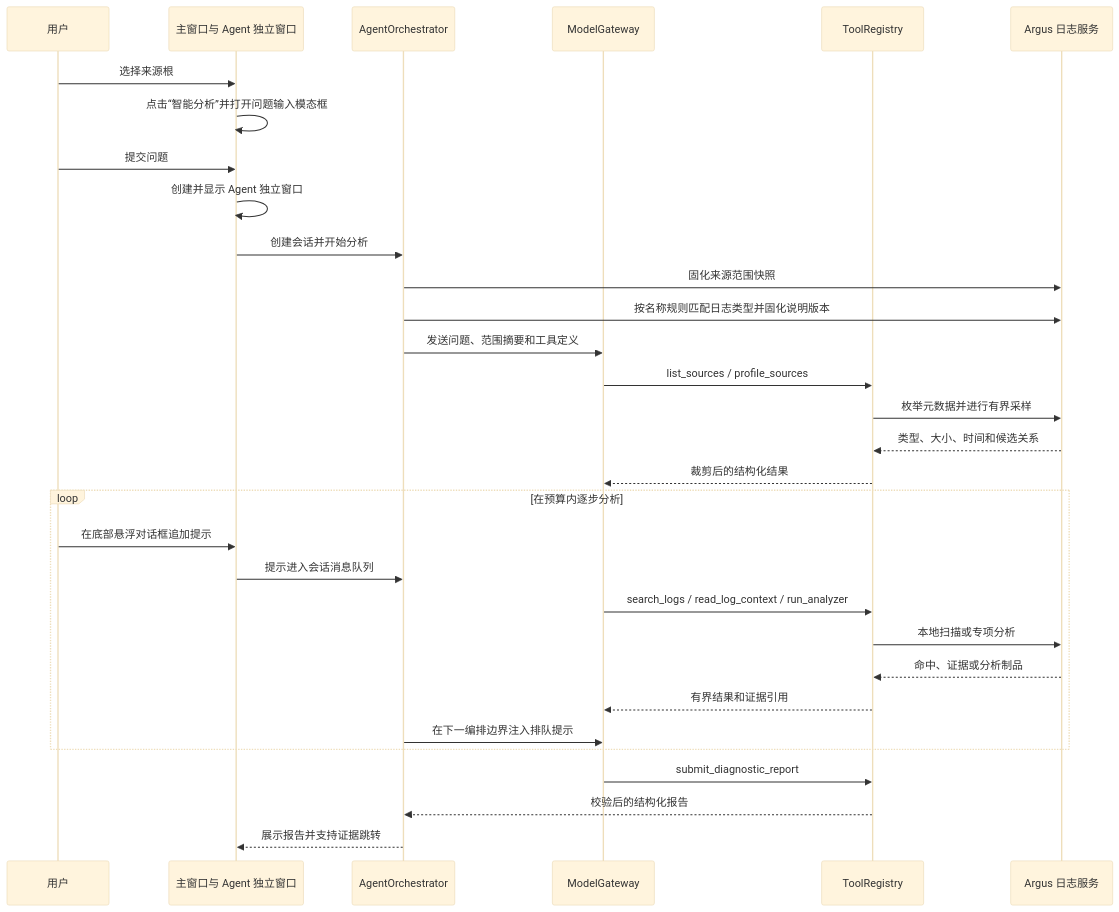
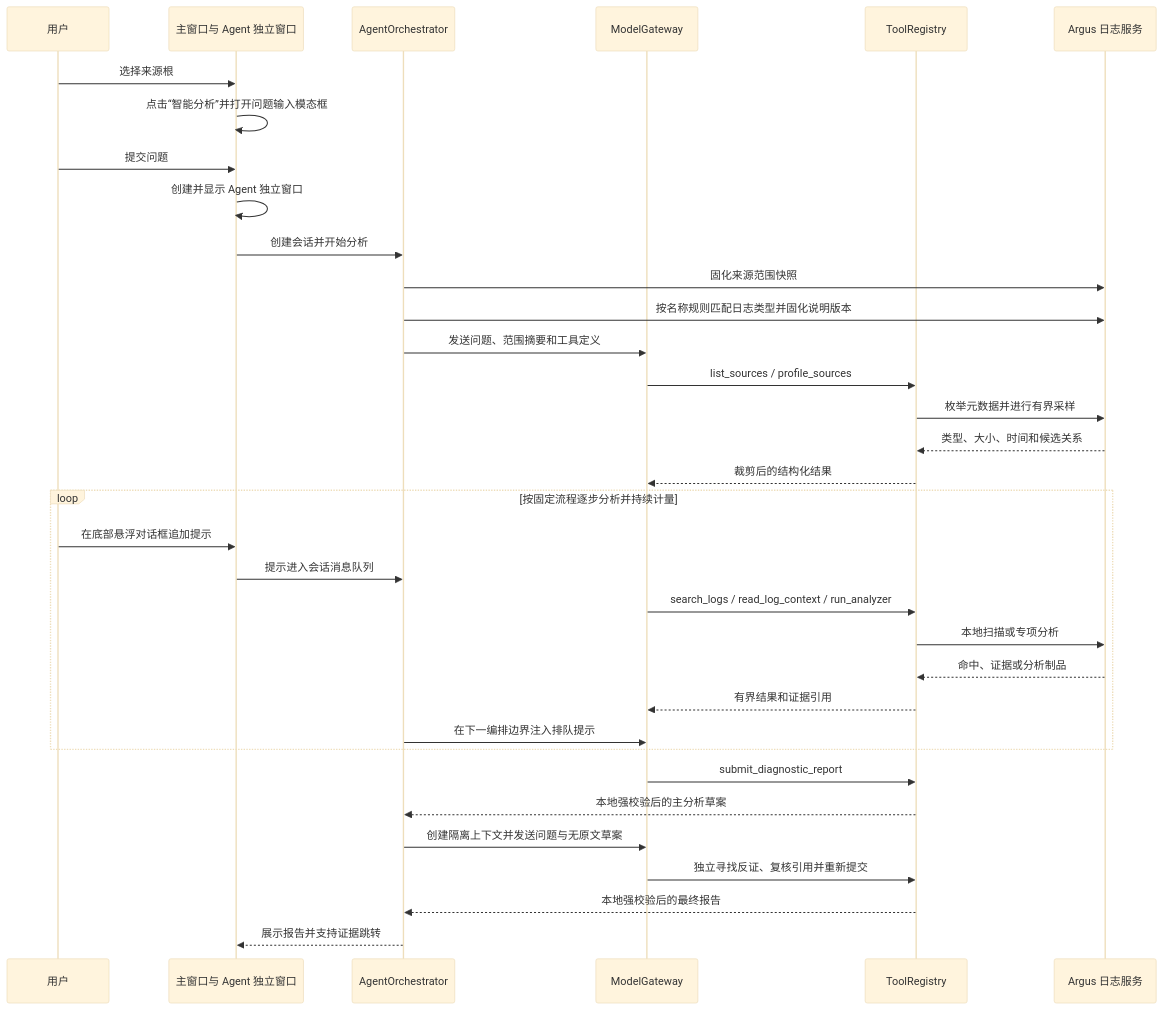
The second of 2 diagrams in docs/ai_log_agent_design.md (yueeeeeeyang/argus), drawn with Mermaid (base theme) before and after one commit. The commit also changed other lines of this file and 41 other files, not shown here.

````diff
--- a/docs/ai_log_agent_design.md
+++ b/docs/ai_log_agent_design.md
@@ -126,34 +131,37 @@
 ```mermaid
 sequenceDiagram
     participant User as 用户
     participant UI as 主窗口与 Agent 独立窗口
     participant Agent as AgentOrchestrator
     participant Model as ModelGateway
     participant Tool as ToolRegistry
     participant Log as Argus 日志服务
 
     User->>UI: 选择来源根
     UI->>UI: 点击“智能分析”并打开问题输入模态框
     User->>UI: 提交问题
     UI->>UI: 创建并显示 Agent 独立窗口
     UI->>Agent: 创建会话并开始分析
     Agent->>Log: 固化来源范围快照
     Agent->>Log: 按名称规则匹配日志类型并固化说明版本
     Agent->>Model: 发送问题、范围摘要和工具定义
     Model->>Tool: list_sources / profile_sources
     Tool->>Log: 枚举元数据并进行有界采样
     Log-->>Tool: 类型、大小、时间和候选关系
     Tool-->>Model: 裁剪后的结构化结果
-    loop 在预算内逐步分析
+    loop 按固定流程逐步分析并持续计量
         User->>UI: 在底部悬浮对话框追加提示
         UI->>Agent: 提示进入会话消息队列
         Model->>Tool: search_logs / read_log_context / run_analyzer
         Tool->>Log: 本地扫描或专项分析
         Log-->>Tool: 命中、证据或分析制品
         Tool-->>Model: 有界结果和证据引用
         Agent->>Model: 在下一编排边界注入排队提示
     end
     Model->>Tool: submit_diagnostic_report
-    Tool-->>Agent: 校验后的结构化报告
+    Tool-->>Agent: 本地强校验后的主分析草案
+    Agent->>Model: 创建隔离上下文并发送问题与无原文草案
+    Model->>Tool: 独立寻找反证、复核引用并重新提交
+    Tool-->>Agent: 本地强校验后的最终报告
     Agent-->>UI: 展示报告并支持证据跳转
 ```
````
